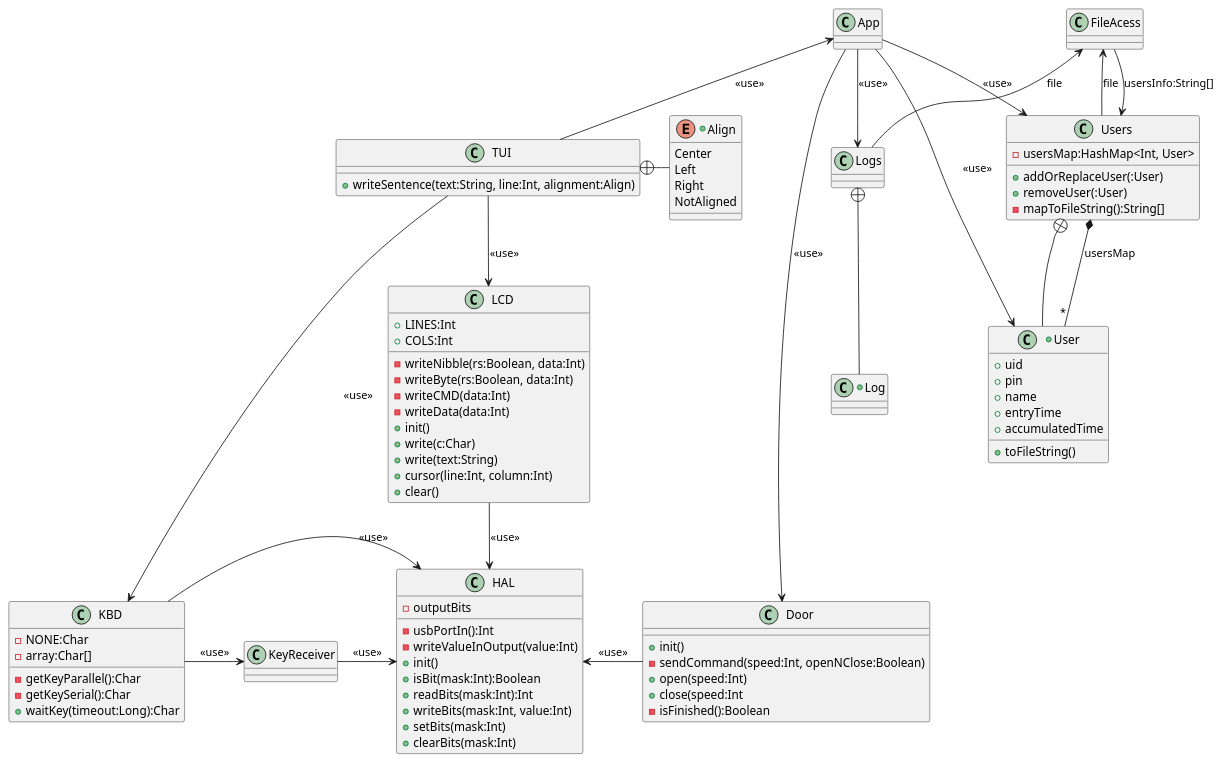
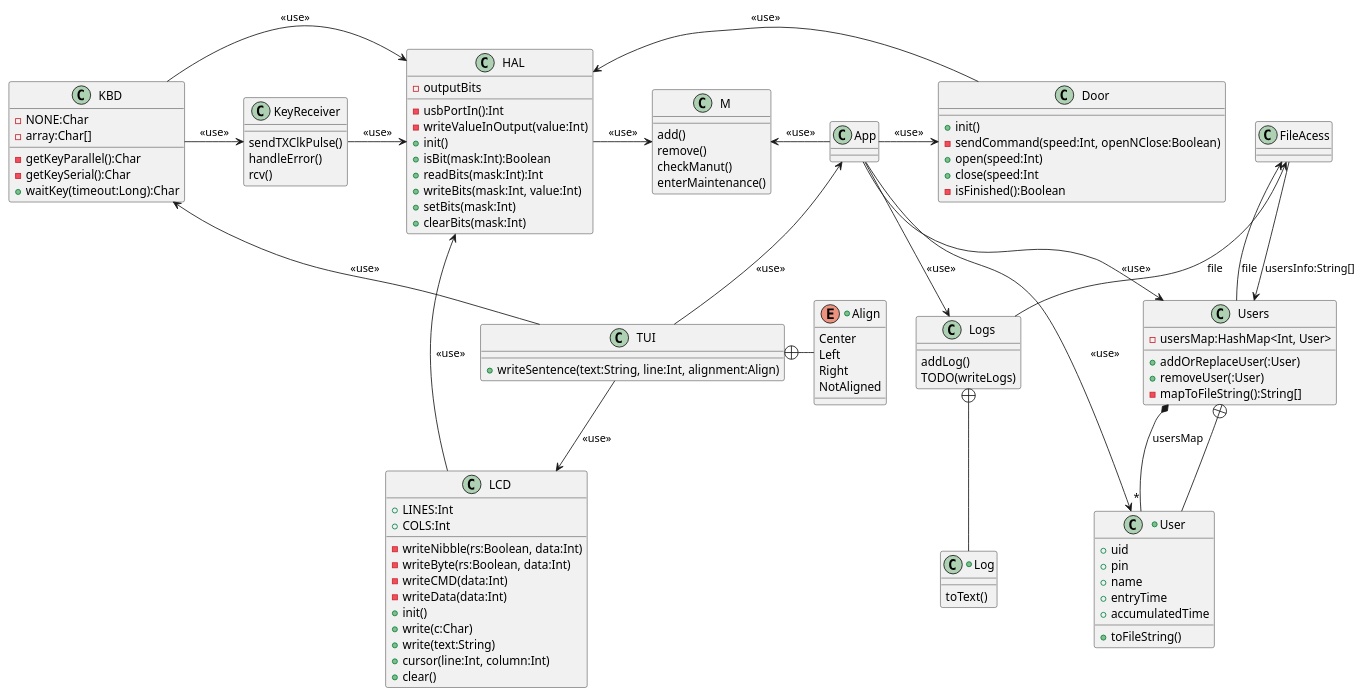
The diagram in src/main/kotlin/UML/Project.puml (Vaasco/TimeRecorder), drawn with PlantUML before and after one commit. The commit also changed 11 other files, not shown here.

```diff
--- a/src/main/kotlin/UML/Project.puml
+++ b/src/main/kotlin/UML/Project.puml
@@ -1,103 +1,118 @@
 @startuml
 
 +enum Align{
     Center
     Left
     Right
     NotAligned
 }
 
 class App{
 }
 
 class TUI{
     +writeSentence(text:String, line:Int, alignment:Align)
 
 }
 
 class LCD{
     +LINES:Int
     +COLS:Int
     -writeNibble(rs:Boolean, data:Int)
     -writeByte(rs:Boolean, data:Int)
     -writeCMD(data:Int)
     -writeData(data:Int)
     +init()
     +write(c:Char)
     +write(text:String)
     +cursor(line:Int, column:Int)
     +clear()
 }
 
 class KBD{
     -NONE:Char
     -array:Char[]
     -getKeyParallel():Char
     -getKeySerial():Char
     +waitKey(timeout:Long):Char
 }
 
 class HAL{
     -outputBits
     -usbPortIn():Int
     -writeValueInOutput(value:Int)
     +init()
     +isBit(mask:Int):Boolean
     +readBits(mask:Int):Int
     +writeBits(mask:Int, value:Int)
     +setBits(mask:Int)
     +clearBits(mask:Int)
 }
 
 class Door{
     +init()
     -sendCommand(speed:Int, openNClose:Boolean)
     +open(speed:Int)
     +close(speed:Int
     -isFinished():Boolean
 }
 
 +class Log{
+    toText()
 }
 
+class Logs{
+    addLog()
+    TODO(writeLogs)
+}
 class Users{
     -usersMap:HashMap<Int, User>
     +addOrReplaceUser(:User)
     +removeUser(:User)
     -mapToFileString():String[]
 }
 
 +class User{
     +uid
     +pin
     +name
     +entryTime
     +accumulatedTime
     +toFileString()
 }
 
+class M{
+    add()
+    remove()
+    checkManut()
+    enterMaintenance()
+}
+
 class KeyReceiver{
-
+    sendTXClkPulse()
+    handleError()
+    rcv()
 }
 
 KBD -> HAL:<<use>>
 LCD --> HAL:<<use>>
 TUI +- Align
 FileAcess <-- Users:file
 FileAcess --> Users:usersInfo:String[]
 FileAcess <-- Logs:file
 Users *-- User:usersMap "*"
 Users +-- User:"       "
 App <-- TUI:<<use>>
 App --> Users:<<use>>
 App --> User:"<<use>>"
 App --> Logs:<<use>>
 App -> Door:<<use>>
 KBD -> KeyReceiver:<<use>>
 KeyReceiver -> HAL:<<use>>
 TUI --> LCD:<<use>>
 TUI -> KBD:<<use>>
 HAL <- Door:<<use>>
 Logs +-- Log
-
+M <- App:<<use>>
+HAL -> M:<<use>>
 @enduml
```
